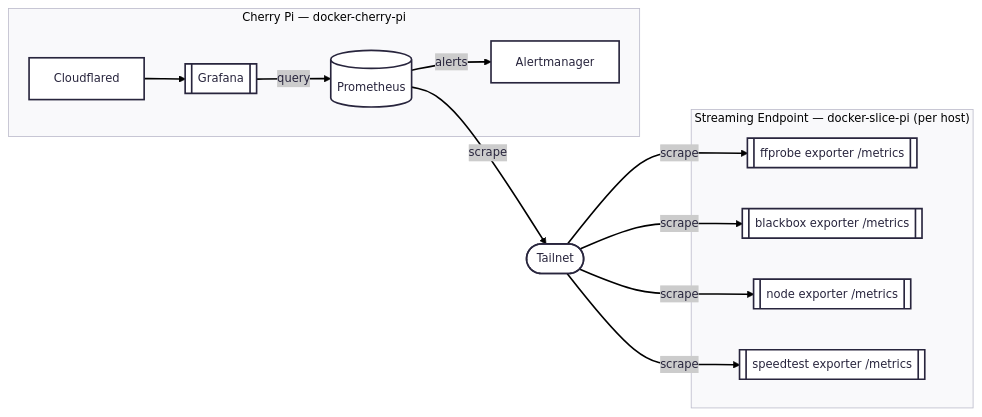
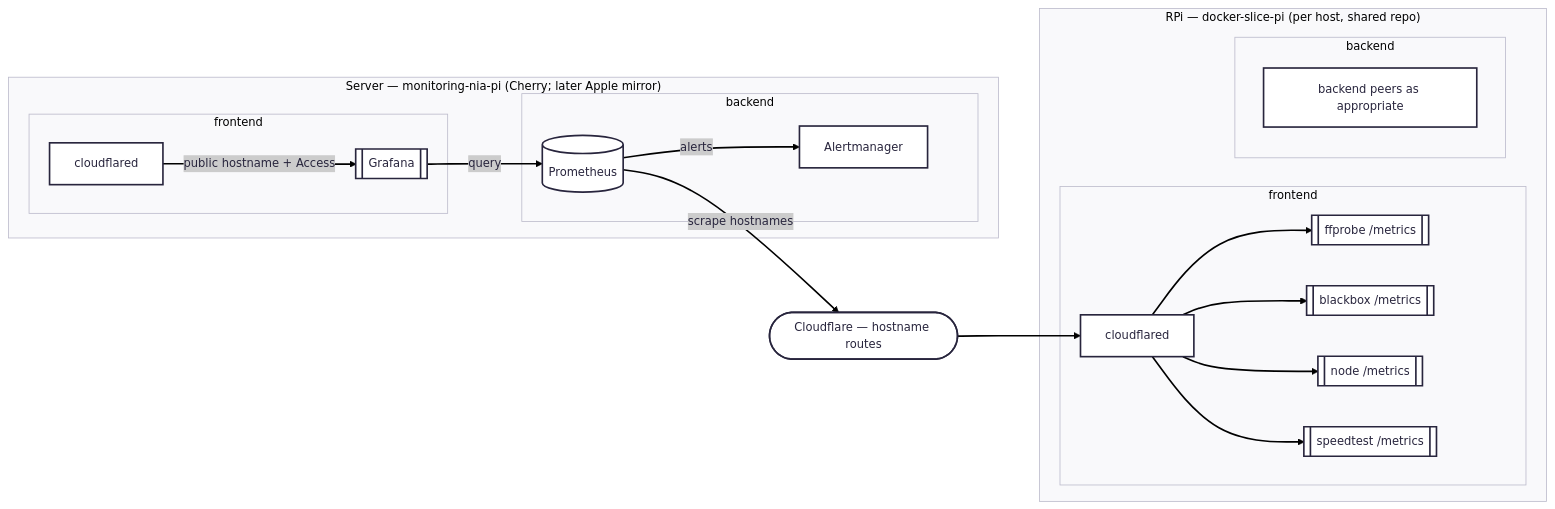
Before and after one commit to picomms/monitoring-nia-pi: the second of 2 diagrams in refactor.md, drawn with Mermaid. The commit also changed other lines of this file and 38 other files, not shown here.

````diff
--- a/refactor.md
+++ b/refactor.md
@@ -97,31 +112,42 @@
 ```mermaid
 ---
 config:
   theme: redux
   layout: dagre
 ---
 flowchart LR
- subgraph endpoint["Streaming Endpoint — docker-slice-pi (per host)"]
-        ffx[["ffprobe exporter /metrics"]]
-        bbx[["blackbox exporter /metrics"]]
-        ndx[["node exporter /metrics"]]
-        spx[["speedtest exporter /metrics"]]
+ subgraph endpoint["RPi — docker-slice-pi (per host, shared repo)"]
+    subgraph ep_fe["frontend"]
+        cfe["cloudflared"]
+        ffx[["ffprobe /metrics"]]
+        bbx[["blackbox /metrics"]]
+        ndx[["node /metrics"]]
+        spx[["speedtest /metrics"]]
+    end
+    subgraph ep_be["backend"]
+        ep_be_note["backend peers as appropriate"]
+    end
   end
- subgraph cherry["Cherry Pi — docker-cherry-pi"]
+ subgraph cherry["Server — monitoring-nia-pi (Cherry; later Apple mirror)"]
+    subgraph ch_fe["frontend"]
+        cfc["cloudflared"]
+        graf[["Grafana"]]
+    end
+    subgraph ch_be["backend"]
         prom[("Prometheus")]
         am["Alertmanager"]
-        graf[["Grafana"]]
-        cf["Cloudflared"]
+    end
   end
-    tn(["Tailnet"])
+    cfnet(["Cloudflare — hostname routes"])
 
-    prom -- scrape --> tn
-    tn -- scrape --> ffx
-    tn -- scrape --> bbx
-    tn -- scrape --> ndx
-    tn -- scrape --> spx
+    prom -- scrape hostnames --> cfnet
+    cfnet --> cfe
+    cfe --> ffx
+    cfe --> bbx
+    cfe --> ndx
+    cfe --> spx
 
     prom -- alerts --> am
     graf -- query --> prom
-    cf --> graf
+    cfc -- public hostname + Access --> graf
 ```
````
